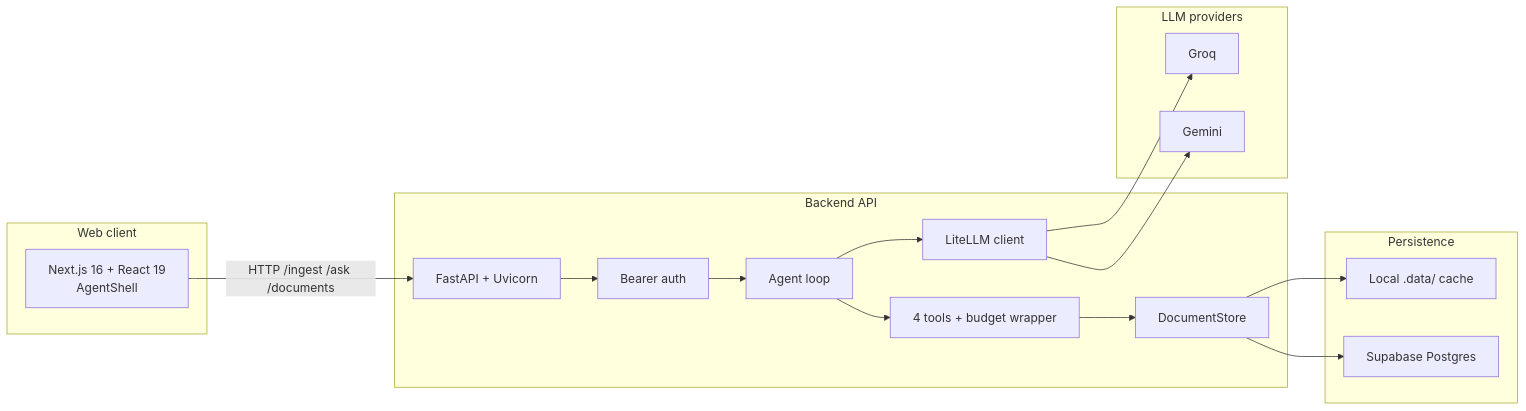
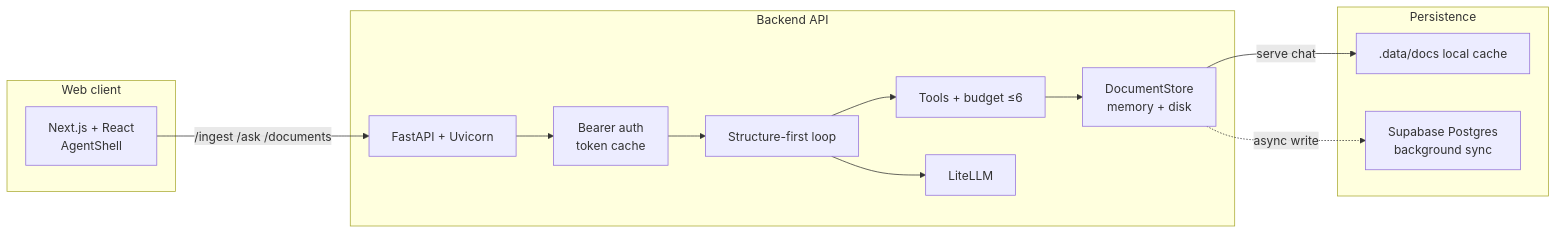
The first of 4 diagrams in README.md (riyaz-ahamed-07/SixCall), drawn with Mermaid before and after one commit. The commit also changed other lines of this file, not shown here.

First line of the commit message:
Document local-first ingest and current ask path in the README.

````diff
--- a/README.md
+++ b/README.md
@@ -30,34 +28,27 @@
 ```mermaid
 flowchart LR
   subgraph Client["Web client"]
-    UI["Next.js 16 + React 19<br/>AgentShell"]
+    UI["Next.js + React<br/>AgentShell"]
   end
 
   subgraph API["Backend API"]
     FA["FastAPI + Uvicorn"]
-    AUTH["Bearer auth"]
-    AGENT["Agent loop"]
-    TOOLS["4 tools + budget wrapper"]
-    STORE["DocumentStore"]
-    LLM["LiteLLM client"]
+    AUTH["Bearer auth<br/>token cache"]
+    AGENT["Structure-first loop"]
+    TOOLS["Tools + budget ≤6"]
+    STORE["DocumentStore<br/>memory + disk"]
+    LLM["LiteLLM"]
   end
 
   subgraph Data["Persistence"]
-    DISK["Local .data/ cache"]
-    PG["Supabase Postgres"]
+    DISK[".data/docs local cache"]
+    PG["Supabase Postgres<br/>background sync"]
   end
 
-  subgraph Models["LLM providers"]
-    GROQ["Groq"]
-    GEM["Gemini"]
-  end
-
-  UI -->|HTTP /ingest /ask /documents| FA
+  UI -->|/ingest /ask /documents| FA
   FA --> AUTH --> AGENT
   AGENT --> TOOLS --> STORE
   AGENT --> LLM
-  STORE --> DISK
-  STORE --> PG
-  LLM --> GROQ
-  LLM --> GEM
+  STORE -->|serve chat| DISK
+  STORE -.->|async write| PG
 ```
````
